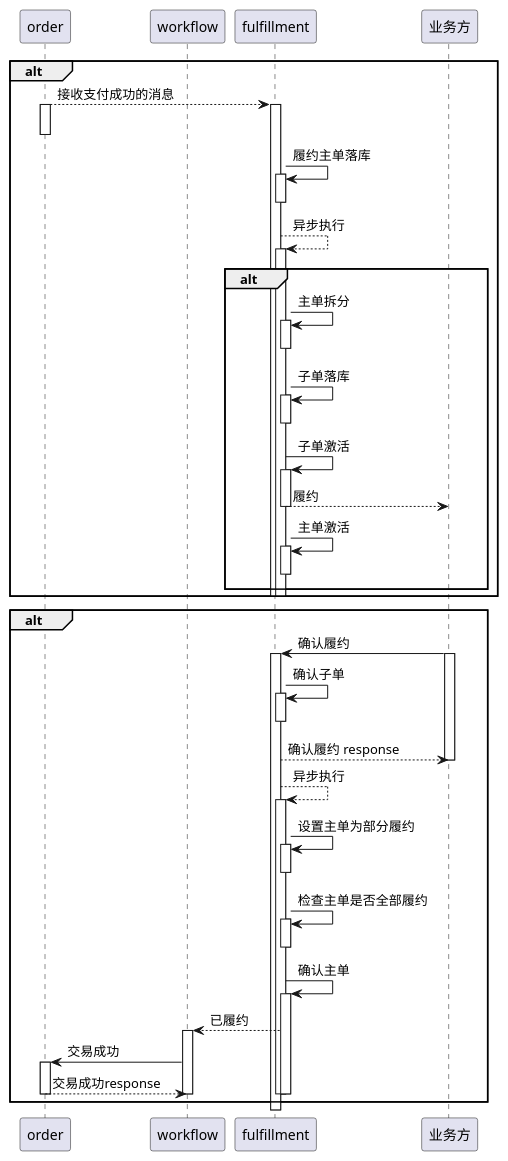
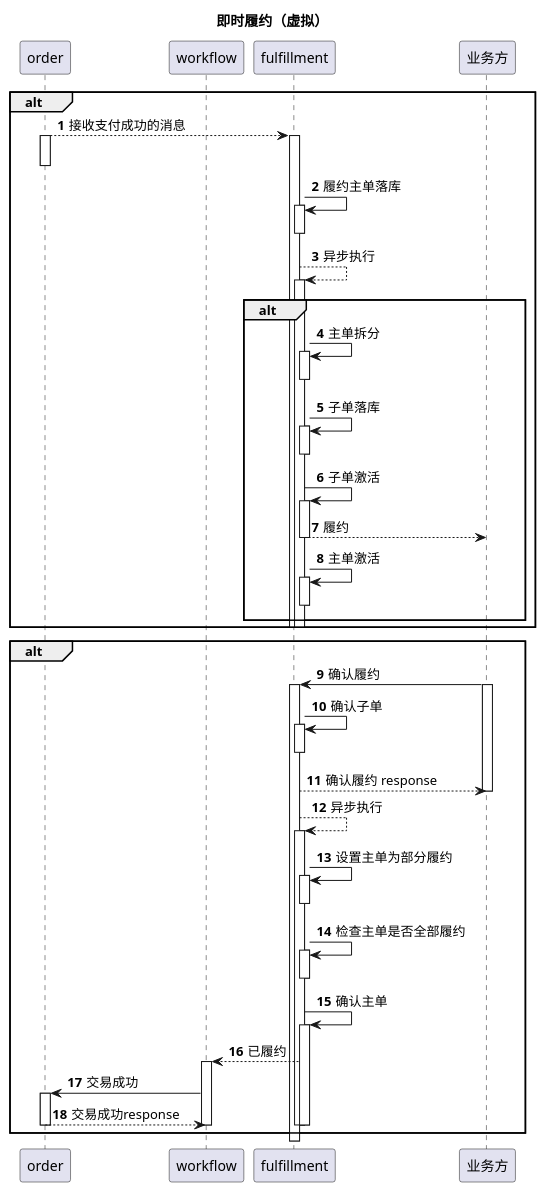
Before and after one commit to avords/lmmDemo: the diagram in UMLDemo/src/main/uml/即时履约.puml, drawn with PlantUML. The commit also changed 4 other files, not shown here.

```diff
--- a/UMLDemo/src/main/uml/即时履约.puml
+++ b/UMLDemo/src/main/uml/即时履约.puml
@@ -1,73 +1,75 @@
 @startuml
+title 即时履约（虚拟）
+autonumber
 participant order
 participant workflow
 participant fulfillment
 participant 业务方
 
 alt
 order --> fulfillment:接收支付成功的消息
 activate order
 deactivate order
 
 activate fulfillment
 fulfillment -> fulfillment:履约主单落库
 activate fulfillment
 deactivate fulfillment
 fulfillment --> fulfillment:异步执行
 activate fulfillment
     alt
     fulfillment -> fulfillment:主单拆分
     activate fulfillment
     deactivate fulfillment
     
     fulfillment -> fulfillment:子单落库
     activate fulfillment
     deactivate fulfillment
     
     fulfillment -> fulfillment:子单激活
     activate fulfillment
     fulfillment --> 业务方:履约
     deactivate fulfillment
     fulfillment -> fulfillment:主单激活
     activate fulfillment
     deactivate fulfillment
     end
 deactivate fulfillment
 deactivate fulfillment
 end
 
 alt
 业务方 -> fulfillment:确认履约
 activate 业务方
 activate fulfillment
 
 fulfillment -> fulfillment:确认子单
 activate fulfillment
 deactivate fulfillment
 fulfillment --> 业务方:确认履约 response
 deactivate 业务方
 
 fulfillment --> fulfillment:异步执行
 activate fulfillment
 fulfillment -> fulfillment:设置主单为部分履约
 activate fulfillment
 deactivate fulfillment
 
 fulfillment -> fulfillment:检查主单是否全部履约
 activate fulfillment
 deactivate fulfillment
 
 fulfillment -> fulfillment:确认主单
 activate fulfillment
 fulfillment-->workflow:已履约
 activate workflow
 workflow -> order:交易成功
 activate order
 order-->workflow:交易成功response
 deactivate order
 deactivate workflow
 deactivate fulfillment
 
 deactivate fulfillment
 end
 @enduml
```
